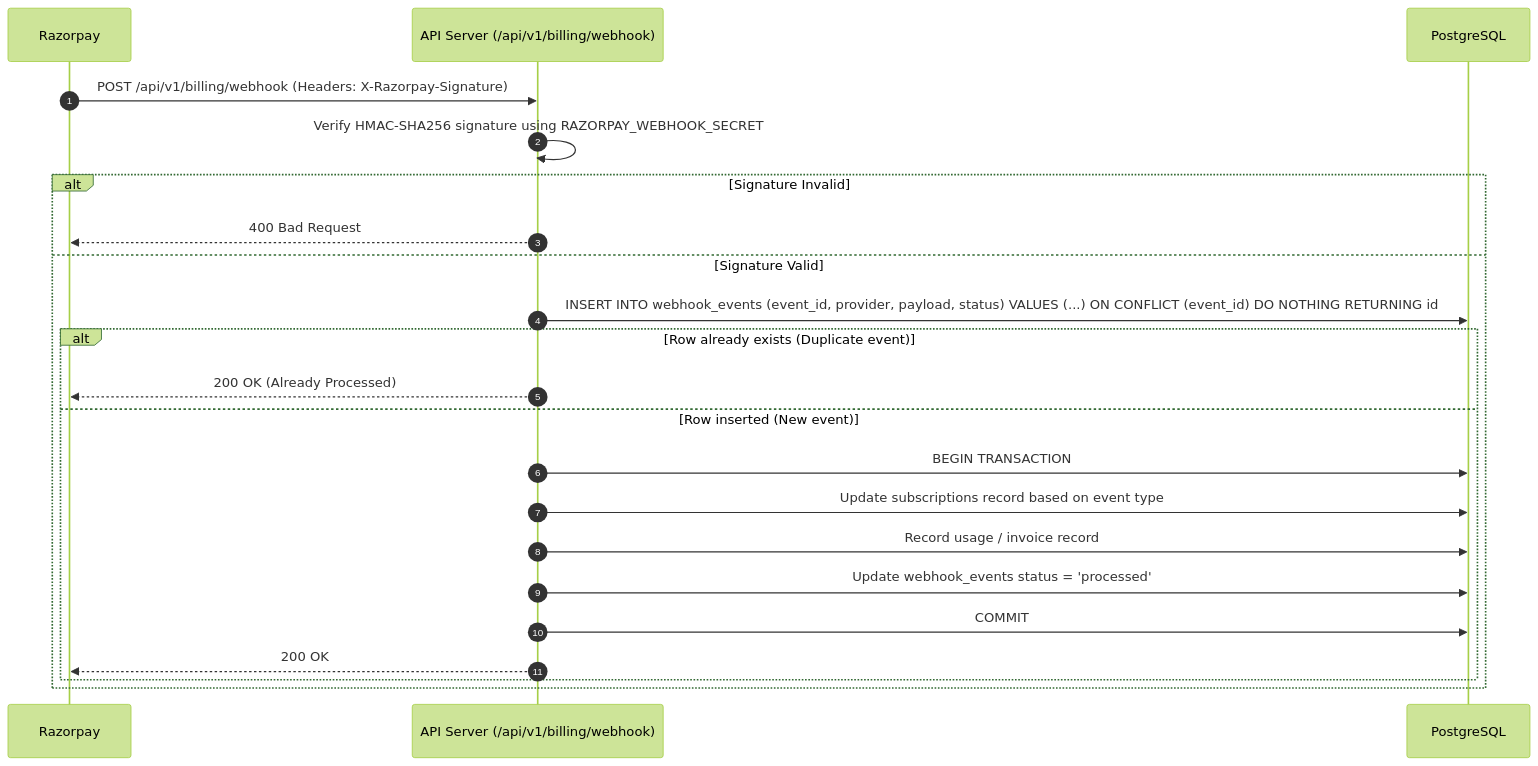
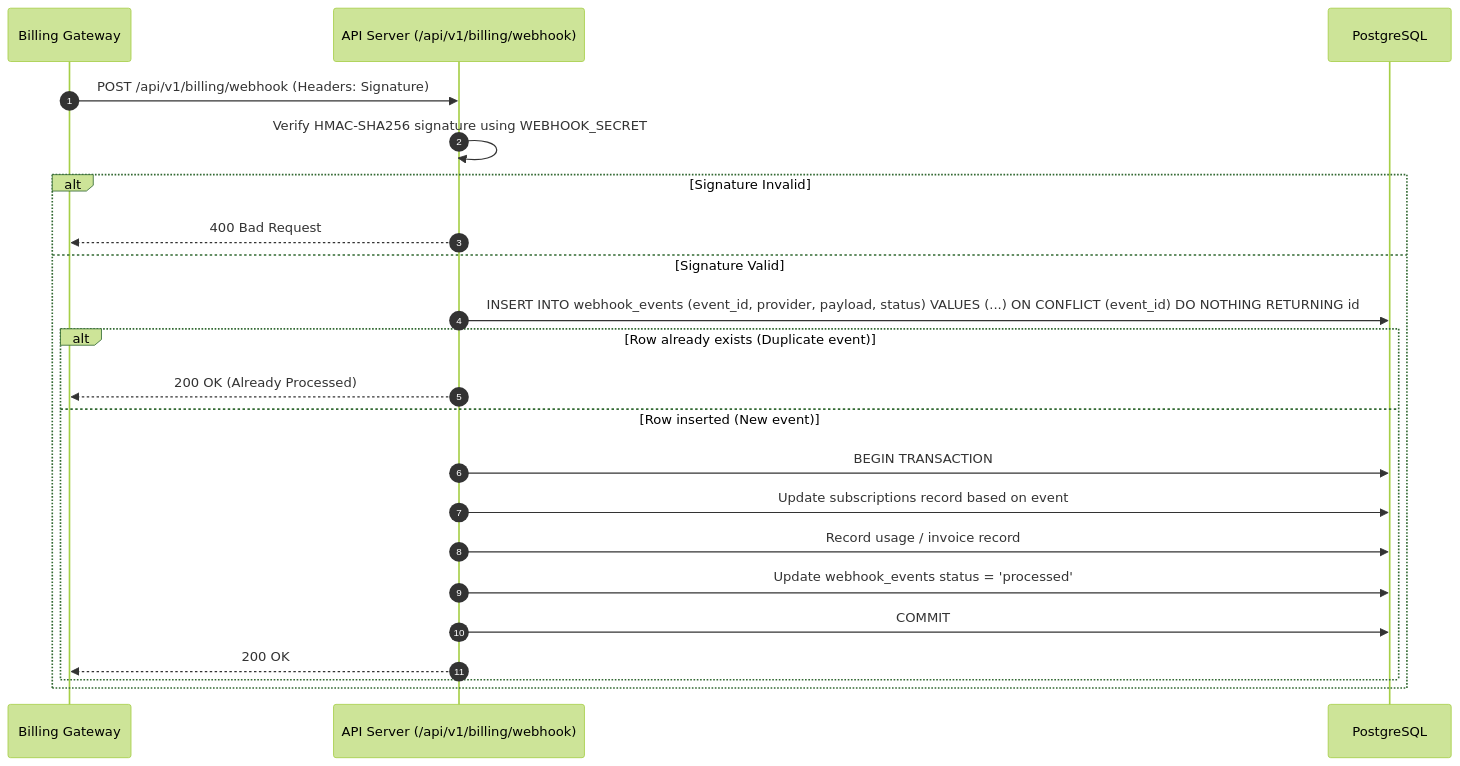
One commit to imsusanta/facebook-auto-post changed the third of 3 diagrams in docs/saas/billing-and-usage.md. Above: the diagram before and after it, drawn with Mermaid (forest theme). The commit also changed other lines of this file and 10 other files, not shown here.

Commit message:
docs(saas): correct tenant security and architecture assumptions

````diff
--- a/docs/saas/billing-and-usage.md
+++ b/docs/saas/billing-and-usage.md
@@ -156,25 +165,25 @@
 ```mermaid
 sequenceDiagram
     autonumber
-    participant RZP as Razorpay
+    participant Gateway as Billing Gateway
     participant API as API Server (/api/v1/billing/webhook)
     participant PG as PostgreSQL
 
-    RZP->>API: POST /api/v1/billing/webhook (Headers: X-Razorpay-Signature)
-    API->>API: Verify HMAC-SHA256 signature using RAZORPAY_WEBHOOK_SECRET
+    Gateway->>API: POST /api/v1/billing/webhook (Headers: Signature)
+    API->>API: Verify HMAC-SHA256 signature using WEBHOOK_SECRET
     alt Signature Invalid
-        API-->>RZP: 400 Bad Request
+        API-->>Gateway: 400 Bad Request
     else Signature Valid
         API->>PG: INSERT INTO webhook_events (event_id, provider, payload, status) VALUES (...) ON CONFLICT (event_id) DO NOTHING RETURNING id
         alt Row already exists (Duplicate event)
-            API-->>RZP: 200 OK (Already Processed)
+            API-->>Gateway: 200 OK (Already Processed)
         else Row inserted (New event)
             API->>PG: BEGIN TRANSACTION
-            API->>PG: Update subscriptions record based on event type
+            API->>PG: Update subscriptions record based on event
             API->>PG: Record usage / invoice record
             API->>PG: Update webhook_events status = 'processed'
             API->>PG: COMMIT
-            API-->>RZP: 200 OK
+            API-->>Gateway: 200 OK
         end
     end
 ```
````
